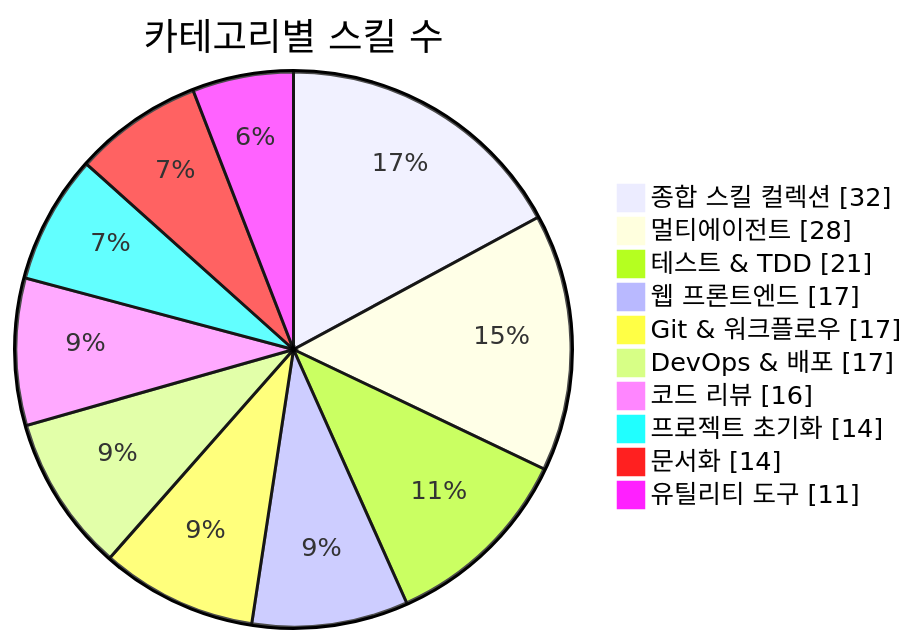
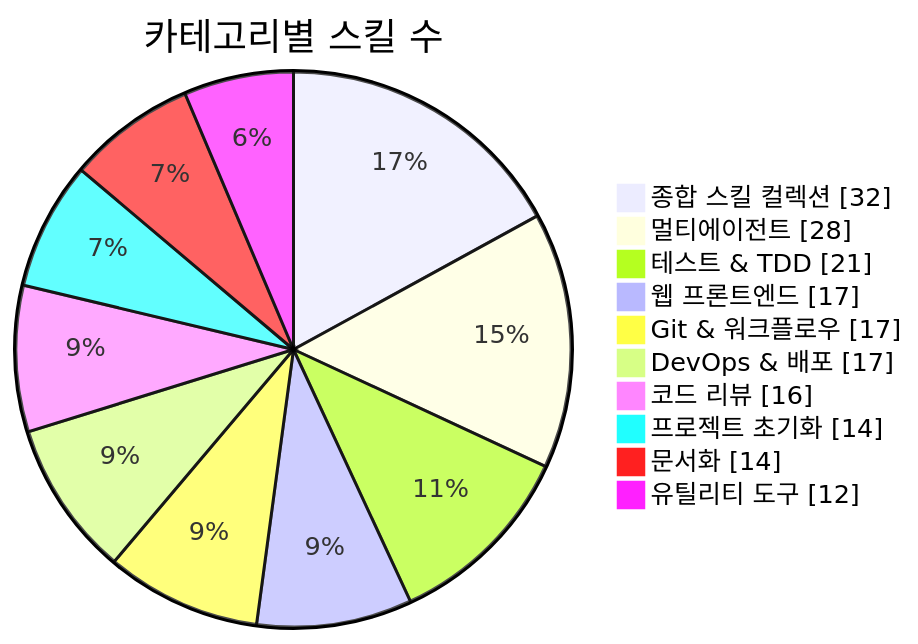
The first of 3 diagrams in README.md (J-nowcow/awesome-korean-agent-skills), drawn with Mermaid before and after one commit. The commit also changed other lines of this file and 3 other files, not shown here.

````diff
--- a/README.md
+++ b/README.md
@@ -176,14 +176,14 @@
 ```mermaid
 pie showData
     title 카테고리별 스킬 수
     "종합 스킬 컬렉션" : 32
     "멀티에이전트" : 28
     "테스트 & TDD" : 21
     "웹 프론트엔드" : 17
     "Git & 워크플로우" : 17
     "DevOps & 배포" : 17
     "코드 리뷰" : 16
     "프로젝트 초기화" : 14
     "문서화" : 14
-    "유틸리티 도구" : 11
+    "유틸리티 도구" : 12
 ```
````
